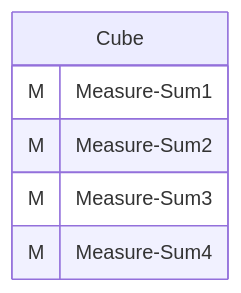
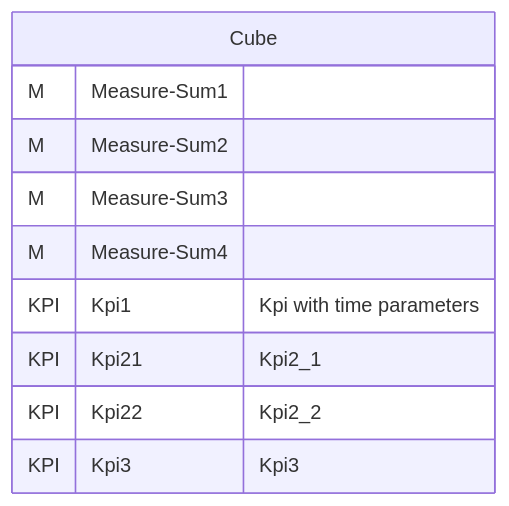
The first of 3 diagrams in demo/server/catalogs/tutorial_30-07_Cube_KPI_with_Parent/README.MD (xmla-services/workground), drawn with Mermaid before and after one commit. The commit also changed 13 other files, not shown here.

Commit message:
KPI implementation schema validator Signed-off-by: dbulahov <bulahovdenis@gmail.com>

````diff
--- a/demo/server/catalogs/tutorial_30-07_Cube_KPI_with_Parent/README.MD
+++ b/demo/server/catalogs/tutorial_30-07_Cube_KPI_with_Parent/README.MD
@@ -59,20 +59,24 @@
 ```mermaid
 %%{init: {
 "theme": "default",
 "themeCSS": [
     ".er.entityBox {stroke: black;}",
     ".er.attributeBoxEven {stroke: black;}",
     ".er.attributeBoxOdd {stroke: black;}",
     "[id^=entity-c] .er.entityBox { fill: lightgreen;} ",
     "[id^=entity-d] .er.entityBox { fill: powderblue;} ",
     "[id^=entity-h] .er.entityBox { fill: pink;} "
 ]
 }}%%
 erDiagram
 c0["Cube"]{
 M Measure-Sum1 ""
 M Measure-Sum2 ""
 M Measure-Sum3 ""
 M Measure-Sum4 ""
+KPI Kpi1 "Kpi with time parameters"
+KPI Kpi21 "Kpi2_1"
+KPI Kpi22 "Kpi2_2"
+KPI Kpi3 "Kpi3"
 }
 ```
````
